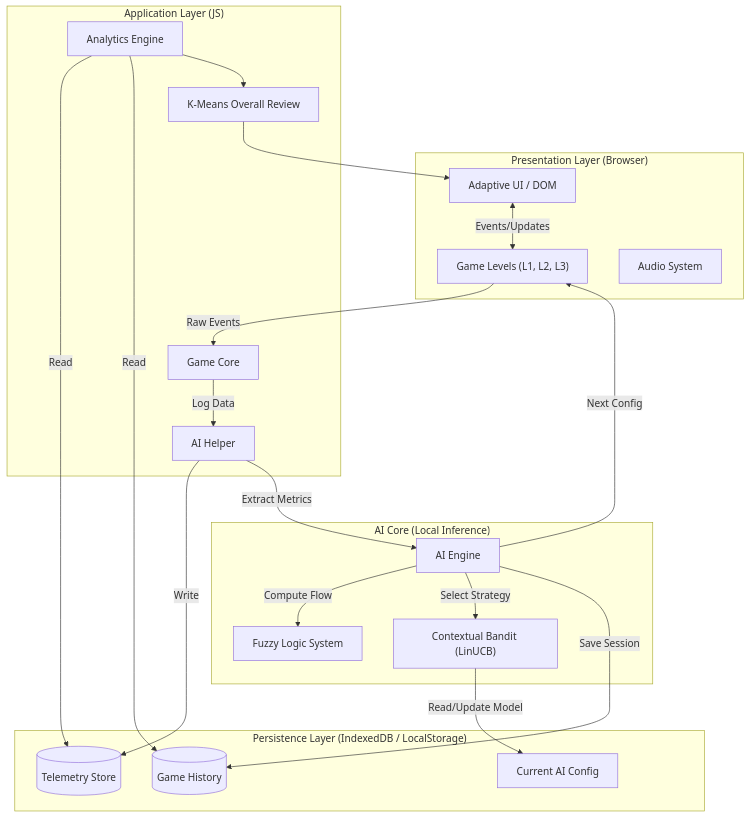
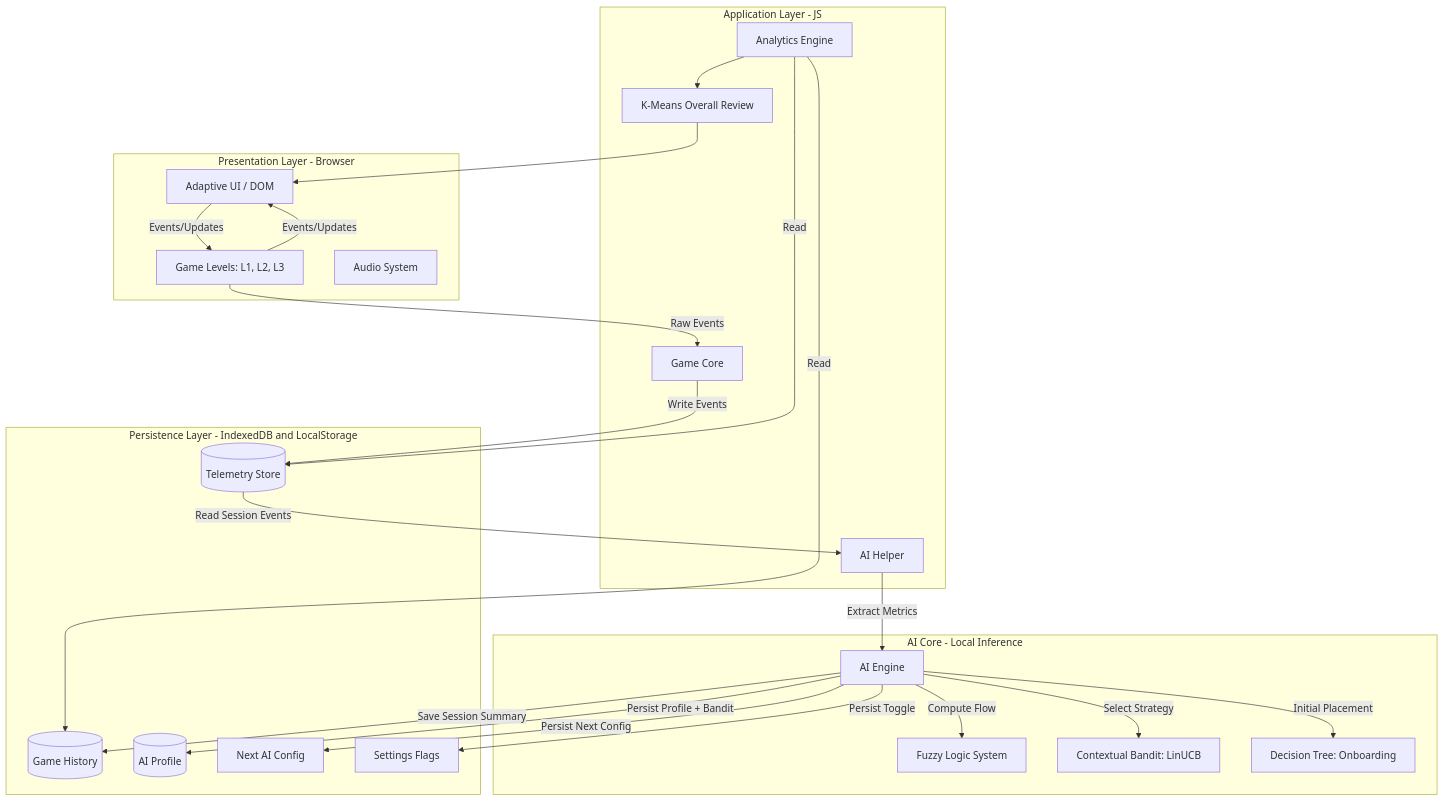
Before and after one commit to DDMYmia/Memory-Game-He-Maumahara: the first of 7 diagrams in docs/SYSTEM_DIAGRAMS.md, drawn with Mermaid. The commit also changed other lines of this file and 17 other files, not shown here.

````diff
--- a/docs/SYSTEM_DIAGRAMS.md
+++ b/docs/SYSTEM_DIAGRAMS.md
@@ -11,47 +10,52 @@
 ```mermaid
-graph TD
-    subgraph "Presentation Layer (Browser)"
-        UI[Adaptive UI / DOM]
-        Levels["Game Levels (L1, L2, L3)"]
+flowchart TD
+    subgraph "Presentation Layer - Browser"
+        UI["Adaptive UI / DOM"]
+        Levels["Game Levels: L1, L2, L3"]
         Audio[Audio System]
     end
 
-    subgraph "Application Layer (JS)"
+    subgraph "Application Layer - JS"
         Core[Game Core]
         Helper[AI Helper]
         Analytics[Analytics Engine]
         KMeans["K-Means Overall Review"]
     end
 
-    subgraph "AI Core (Local Inference)"
+    subgraph "AI Core - Local Inference"
         Engine[AI Engine]
         Fuzzy[Fuzzy Logic System]
-        Bandit["Contextual Bandit (LinUCB)"]
+        Bandit["Contextual Bandit: LinUCB"]
+        DT["Decision Tree: Onboarding"]
     end
 
-    subgraph "Persistence Layer (IndexedDB / LocalStorage)"
+    subgraph "Persistence Layer - IndexedDB and LocalStorage"
         TelDB[(Telemetry Store)]
         HistDB[(Game History)]
-        Config[Current AI Config]
+        ProfileDB[(AI Profile)]
+        Config[Next AI Config]
+        Flags[Settings Flags]
     end
 
-    %% Interactions
-    UI <-->|Events/Updates| Levels
+    UI -- "Events/Updates" --> Levels
+    Levels -- "Events/Updates" --> UI
     Levels -->|Raw Events| Core
-    Core -->|Log Data| Helper
-  
-    Helper -->|Write| TelDB
+    Core -->|Write Events| TelDB
+
+    TelDB -->|Read Session Events| Helper
     Helper -->|Extract Metrics| Engine
-  
+
     Engine -->|Compute Flow| Fuzzy
     Engine -->|Select Strategy| Bandit
-  
-    Bandit -->|Read/Update Model| Config
-    Engine -->|Save Session| HistDB
-  
-    Engine -->|Next Config| Levels
+    Engine -->|Initial Placement| DT
+
+    Engine -->|Persist Profile + Bandit| ProfileDB
+    Engine -->|Persist Next Config| Config
+    Engine -->|Persist Toggle| Flags
+    Engine -->|Save Session Summary| HistDB
+
     Analytics -->|Read| TelDB
     Analytics -->|Read| HistDB
     Analytics --> KMeans
     KMeans --> UI
 ```
````
